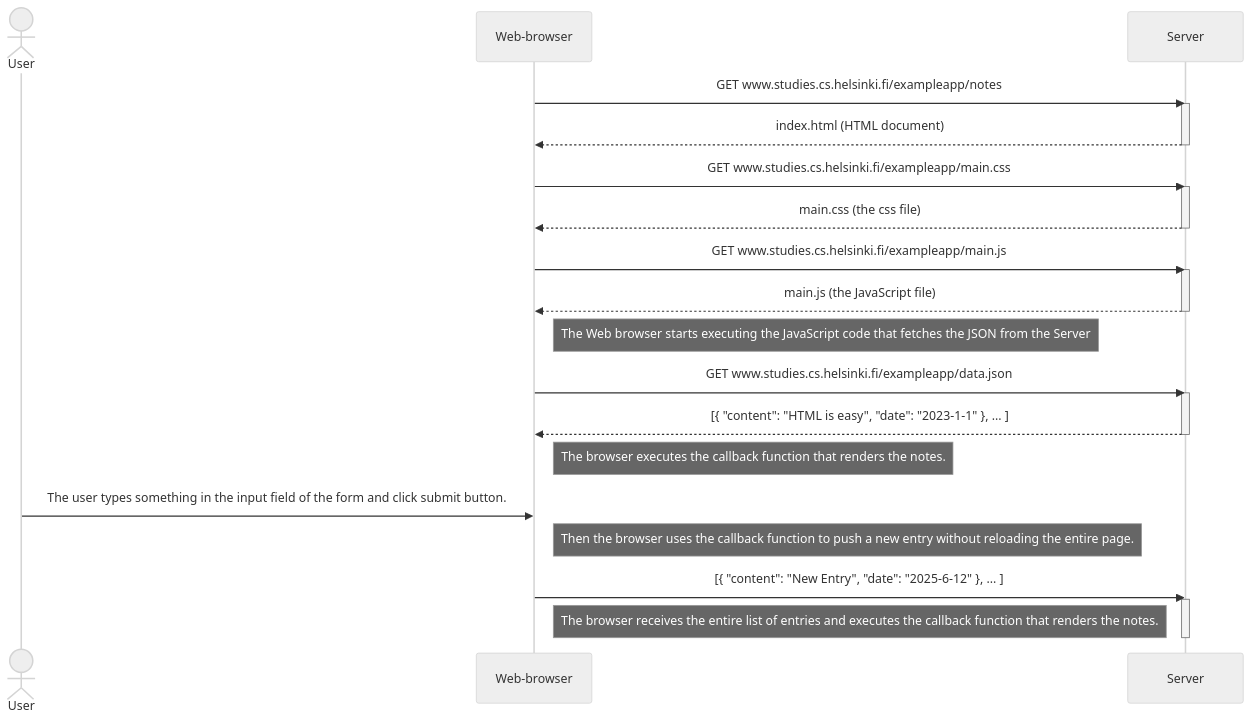
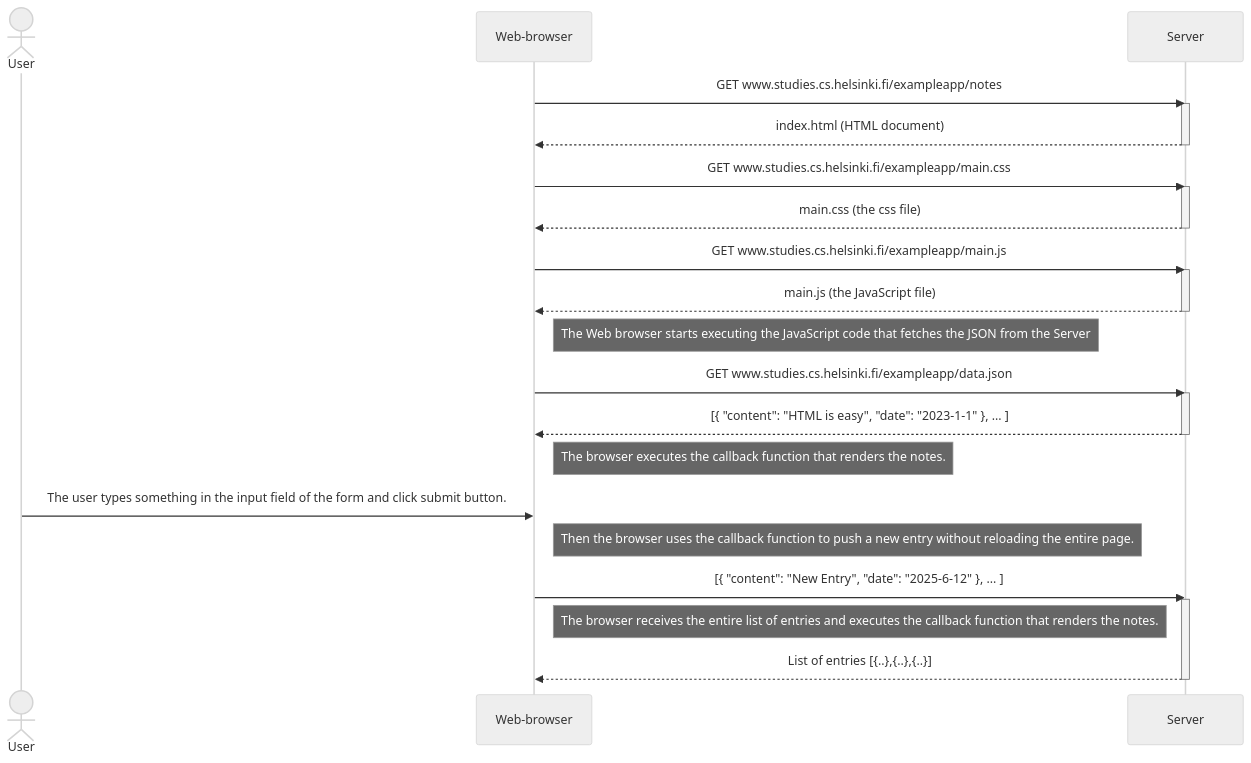
Before and after one commit to lonchanick/fullstackopen: the diagram in Part0/0.4.MD, drawn with Mermaid (neutral theme).

````diff
--- a/Part0/0.4.MD
+++ b/Part0/0.4.MD
@@ -1,42 +1,42 @@
 ```mermaid
 sequenceDiagram
 actor User
 participant Web-browser
 participant Server
 
 Web-browser->>Server: GET www.studies.cs.helsinki.fi/exampleapp/notes
 activate Server
 Server-->>Web-browser: index.html (HTML document)
 deactivate Server
 
 Web-browser->>Server: GET www.studies.cs.helsinki.fi/exampleapp/main.css
 activate Server
 Server-->>Web-browser: main.css (the css file)
 deactivate Server
 
 Web-browser->>Server: GET www.studies.cs.helsinki.fi/exampleapp/main.js
 activate Server
 Server-->>Web-browser: main.js (the JavaScript file)
 deactivate Server
 
 Note right of Web-browser: The Web browser starts executing the JavaScript code that fetches the JSON from the Server
 
 Web-browser->>Server: GET www.studies.cs.helsinki.fi/exampleapp/data.json
 activate Server
 Server-->>Web-browser: [{ "content": "HTML is easy", "date": "2023-1-1" }, ... ]
 deactivate Server
 
 Note right of Web-browser: The browser executes the callback function that renders the notes.
 
-
-User->>Web-browser: The user types something in the input field of the form and click submit button.
-activate User
+User->>Web-browser: The user types something in the input field of the form and click submit button. 
 
 Note right of Web-browser: Then the browser uses the callback function to push a new entry without reloading the entire page.
 
-Web-browser->>Server: [{ "content": "New Entry", "date": "2025-6-12" }, ... ]
+Web-browser->>Server: [{ "content": "New Entry", "date": "2025-6-12" }, ... ] 
 activate Server
 
-Note right of Web-browser: The browser receives the entire list of entries and executes the callback function that renders the notes.
+Note right of Web-browser: The browser receives the entire list of entries and executes the callback function that renders the notes. 
+
+Server-->>Web-browser: List of entries [{..},{..},{..}]
 deactivate Server
 ```
````
